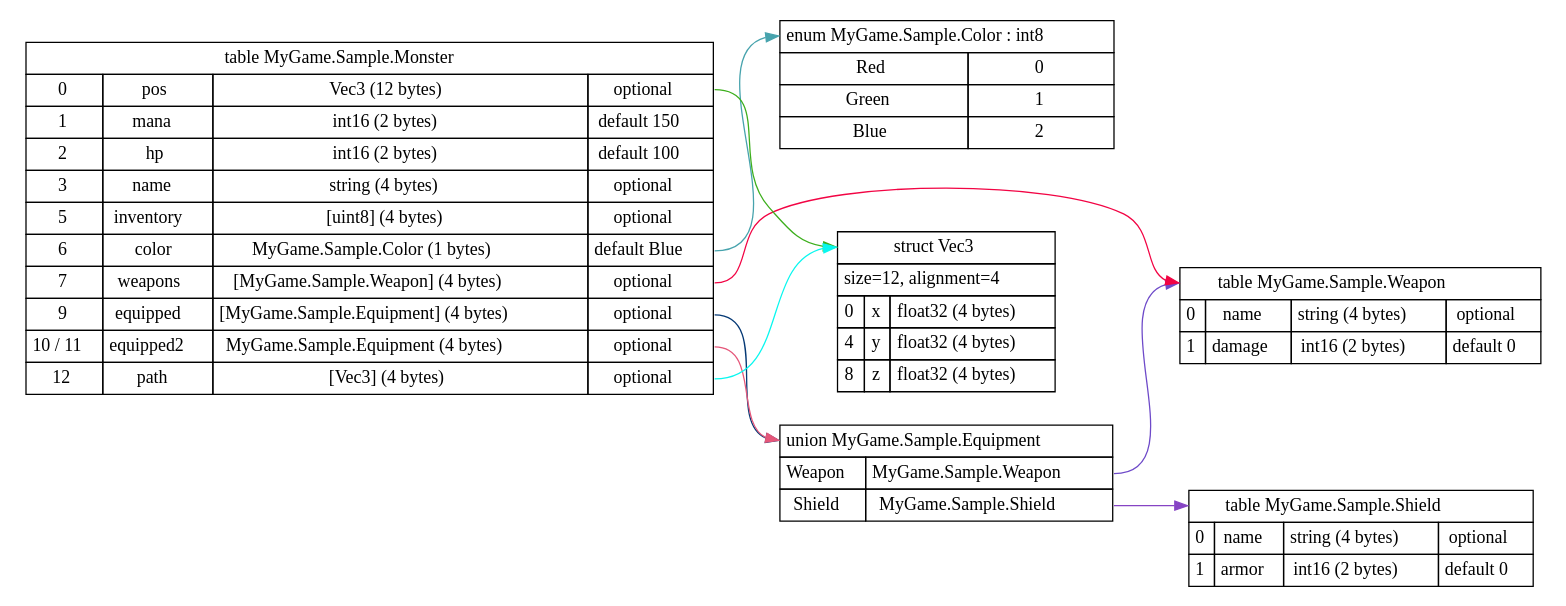
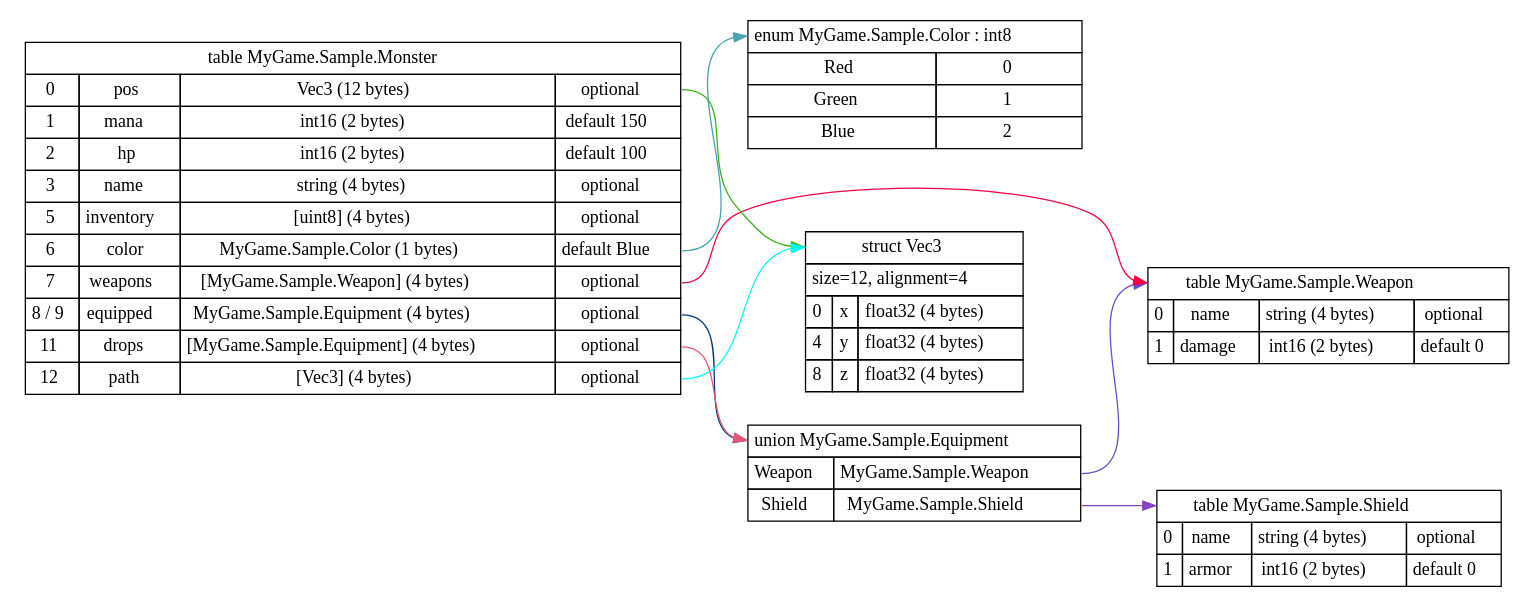
Before and after one commit to planus-org/planus: the diagram in examples/rust/monster.dot, drawn with Graphviz. The commit also changed 4 other files, not shown here.

```diff
--- a/examples/rust/monster.dot
+++ b/examples/rust/monster.dot
@@ -1,180 +1,180 @@
 digraph G
 {
   node[ shape = none ];
   rankdir=LR;
 
   decl0[ label=<
     <TABLE BORDER="0" CELLBORDER="1" CELLSPACING="0" CELLPADDING="4">
       <TR>
         <TD colspan="2" PORT="name">enum MyGame.Sample.Color : int8</TD>
       </TR>
       <TR>
         <TD>Red</TD>
         <TD>0</TD>
       </TR>
       <TR>
         <TD>Green</TD>
         <TD>1</TD>
       </TR>
       <TR>
         <TD>Blue</TD>
         <TD>2</TD>
       </TR>
     </TABLE>>
   ];
 
   decl1[ label=<
     <TABLE BORDER="0" CELLBORDER="1" CELLSPACING="0" CELLPADDING="4">
       <TR>
         <TD colspan="3" PORT="name">union MyGame.Sample.Equipment</TD>
       </TR>
       <TR>
         <TD>Weapon</TD>
         <TD PORT="p0">MyGame.Sample.Weapon</TD>
       </TR>
       <TR>
         <TD>Shield</TD>
         <TD PORT="p1">MyGame.Sample.Shield</TD>
       </TR>
     </TABLE>>
   ];
   decl1:p0:e -> decl4:name [color = "#6e4ac9"];
   decl1:p1:e -> decl5:name [color = "#8644c4"];
 
   decl2[ label=<
     <TABLE BORDER="0" CELLBORDER="1" CELLSPACING="0" CELLPADDING="4">
       <TR>
         <TD colspan="3" PORT="name">struct Vec3</TD>
       </TR>
       <TR>
         <TD colspan="3">size=12, alignment=4</TD>
       </TR>
       <TR>
         <TD>0</TD>
         <TD>x</TD>
         <TD PORT="p0">float32 (4 bytes)</TD>
       </TR>
       <TR>
         <TD>4</TD>
         <TD>y</TD>
         <TD PORT="p1">float32 (4 bytes)</TD>
       </TR>
       <TR>
         <TD>8</TD>
         <TD>z</TD>
         <TD PORT="p2">float32 (4 bytes)</TD>
       </TR>
     </TABLE>>
   ];
 
   decl3[ label=<
     <TABLE BORDER="0" CELLBORDER="1" CELLSPACING="0" CELLPADDING="4">
       <TR>
         <TD colspan="4" PORT="name">table MyGame.Sample.Monster</TD>
       </TR>
       <TR>
         <TD>0</TD>
         <TD>pos</TD>
         <TD>Vec3 (12 bytes)</TD>
         <TD PORT="p0">optional</TD>
       </TR>
       <TR>
         <TD>1</TD>
         <TD>mana</TD>
         <TD>int16 (2 bytes)</TD>
         <TD PORT="p1">default 150</TD>
       </TR>
       <TR>
         <TD>2</TD>
         <TD>hp</TD>
         <TD>int16 (2 bytes)</TD>
         <TD PORT="p2">default 100</TD>
       </TR>
       <TR>
         <TD>3</TD>
         <TD>name</TD>
         <TD>string (4 bytes)</TD>
         <TD PORT="p3">optional</TD>
       </TR>
       <TR>
         <TD>5</TD>
         <TD>inventory</TD>
         <TD>[uint8] (4 bytes)</TD>
         <TD PORT="p4">optional</TD>
       </TR>
       <TR>
         <TD>6</TD>
         <TD>color</TD>
         <TD>MyGame.Sample.Color (1 bytes)</TD>
         <TD PORT="p5">default Blue</TD>
       </TR>
       <TR>
         <TD>7</TD>
         <TD>weapons</TD>
         <TD>[MyGame.Sample.Weapon] (4 bytes)</TD>
         <TD PORT="p6">optional</TD>
       </TR>
       <TR>
-        <TD>9</TD>
+        <TD>8 / 9</TD>
         <TD>equipped</TD>
-        <TD>[MyGame.Sample.Equipment] (4 bytes)</TD>
+        <TD>MyGame.Sample.Equipment (4 bytes)</TD>
         <TD PORT="p7">optional</TD>
       </TR>
       <TR>
-        <TD>10 / 11</TD>
-        <TD>equipped2</TD>
-        <TD>MyGame.Sample.Equipment (4 bytes)</TD>
+        <TD>11</TD>
+        <TD>drops</TD>
+        <TD>[MyGame.Sample.Equipment] (4 bytes)</TD>
         <TD PORT="p8">optional</TD>
       </TR>
       <TR>
         <TD>12</TD>
         <TD>path</TD>
         <TD>[Vec3] (4 bytes)</TD>
         <TD PORT="p9">optional</TD>
       </TR></TABLE>>
   ];
   decl3:p0:e -> decl2:name [color = "#3daf1d"];
   decl3:p5:e -> decl0:name [color = "#47a3ad"];
   decl3:p6:e -> decl4:name [color = "#f20444"];
   decl3:p7:e -> decl1:name [color = "#053975"];
   decl3:p8:e -> decl1:name [color = "#e5577a"];
   decl3:p9:e -> decl2:name [color = "#09f7ef"];
 
   decl4[ label=<
     <TABLE BORDER="0" CELLBORDER="1" CELLSPACING="0" CELLPADDING="4">
       <TR>
         <TD colspan="4" PORT="name">table MyGame.Sample.Weapon</TD>
       </TR>
       <TR>
         <TD>0</TD>
         <TD>name</TD>
         <TD>string (4 bytes)</TD>
         <TD PORT="p0">optional</TD>
       </TR>
       <TR>
         <TD>1</TD>
         <TD>damage</TD>
         <TD>int16 (2 bytes)</TD>
         <TD PORT="p1">default 0</TD>
       </TR></TABLE>>
   ];
 
   decl5[ label=<
     <TABLE BORDER="0" CELLBORDER="1" CELLSPACING="0" CELLPADDING="4">
       <TR>
         <TD colspan="4" PORT="name">table MyGame.Sample.Shield</TD>
       </TR>
       <TR>
         <TD>0</TD>
         <TD>name</TD>
         <TD>string (4 bytes)</TD>
         <TD PORT="p0">optional</TD>
       </TR>
       <TR>
         <TD>1</TD>
         <TD>armor</TD>
         <TD>int16 (2 bytes)</TD>
         <TD PORT="p1">default 0</TD>
       </TR></TABLE>>
   ];
 }
```
